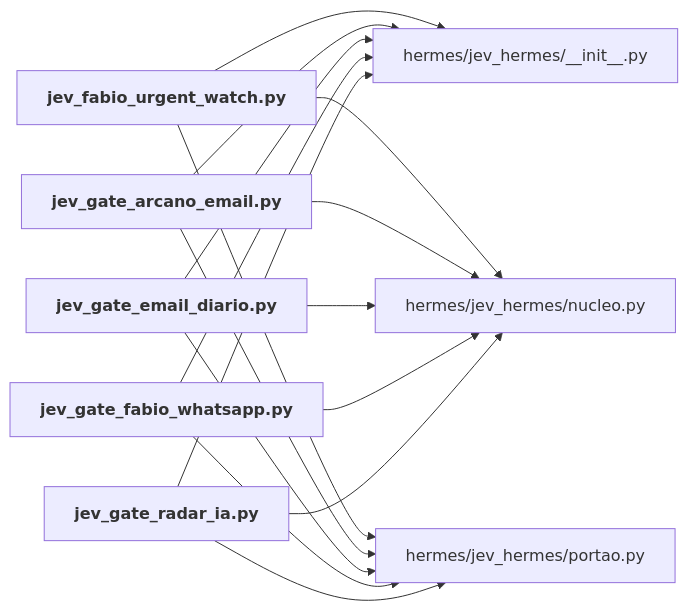
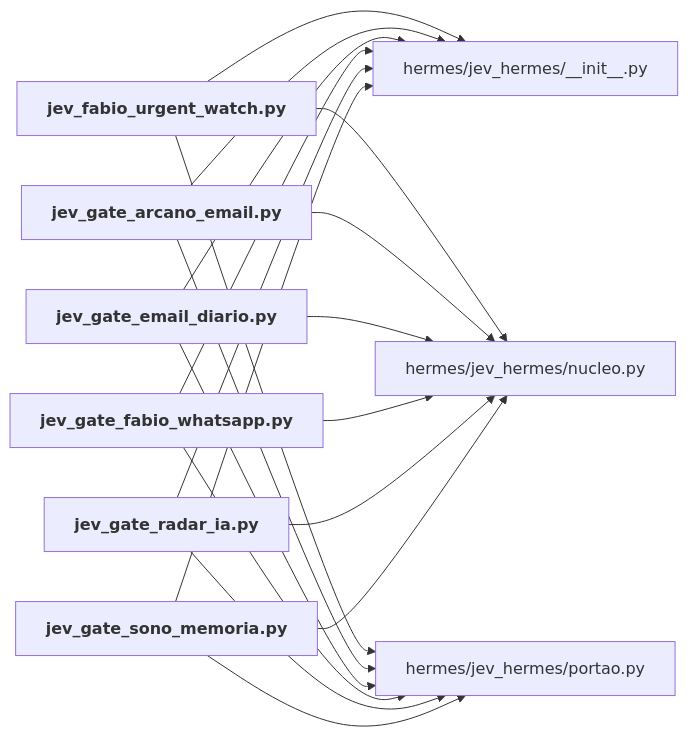
One commit to igormorais123/JEV changed the diagram in mapa/pastas/hermes__portoes.md. Above: the diagram before and after it, drawn with Mermaid. The commit also changed other lines of this file and 44 other files, not shown here.

````diff
--- a/mapa/pastas/hermes__portoes.md
+++ b/mapa/pastas/hermes__portoes.md
@@ -21,26 +22,30 @@
 ```mermaid
 flowchart LR
   n_hermes_jev_hermes___init___py["hermes/jev_hermes/__init__.py"]
   n_hermes_jev_hermes_nucleo_py["hermes/jev_hermes/nucleo.py"]
   n_hermes_jev_hermes_portao_py["hermes/jev_hermes/portao.py"]
   n_hermes_portoes_jev_fabio_urgent_watch_py["<b>jev_fabio_urgent_watch.py</b>"]
   n_hermes_portoes_jev_gate_arcano_email_py["<b>jev_gate_arcano_email.py</b>"]
   n_hermes_portoes_jev_gate_email_diario_py["<b>jev_gate_email_diario.py</b>"]
   n_hermes_portoes_jev_gate_fabio_whatsapp_py["<b>jev_gate_fabio_whatsapp.py</b>"]
   n_hermes_portoes_jev_gate_radar_ia_py["<b>jev_gate_radar_ia.py</b>"]
+  n_hermes_portoes_jev_gate_sono_memoria_py["<b>jev_gate_sono_memoria.py</b>"]
   n_hermes_portoes_jev_fabio_urgent_watch_py --> n_hermes_jev_hermes___init___py
   n_hermes_portoes_jev_fabio_urgent_watch_py --> n_hermes_jev_hermes_nucleo_py
   n_hermes_portoes_jev_fabio_urgent_watch_py --> n_hermes_jev_hermes_portao_py
   n_hermes_portoes_jev_gate_arcano_email_py --> n_hermes_jev_hermes___init___py
   n_hermes_portoes_jev_gate_arcano_email_py --> n_hermes_jev_hermes_nucleo_py
   n_hermes_portoes_jev_gate_arcano_email_py --> n_hermes_jev_hermes_portao_py
   n_hermes_portoes_jev_gate_email_diario_py --> n_hermes_jev_hermes___init___py
   n_hermes_portoes_jev_gate_email_diario_py --> n_hermes_jev_hermes_nucleo_py
   n_hermes_portoes_jev_gate_email_diario_py --> n_hermes_jev_hermes_portao_py
   n_hermes_portoes_jev_gate_fabio_whatsapp_py --> n_hermes_jev_hermes___init___py
   n_hermes_portoes_jev_gate_fabio_whatsapp_py --> n_hermes_jev_hermes_nucleo_py
   n_hermes_portoes_jev_gate_fabio_whatsapp_py --> n_hermes_jev_hermes_portao_py
   n_hermes_portoes_jev_gate_radar_ia_py --> n_hermes_jev_hermes___init___py
   n_hermes_portoes_jev_gate_radar_ia_py --> n_hermes_jev_hermes_nucleo_py
   n_hermes_portoes_jev_gate_radar_ia_py --> n_hermes_jev_hermes_portao_py
+  n_hermes_portoes_jev_gate_sono_memoria_py --> n_hermes_jev_hermes___init___py
+  n_hermes_portoes_jev_gate_sono_memoria_py --> n_hermes_jev_hermes_nucleo_py
+  n_hermes_portoes_jev_gate_sono_memoria_py --> n_hermes_jev_hermes_portao_py
 ```
````
